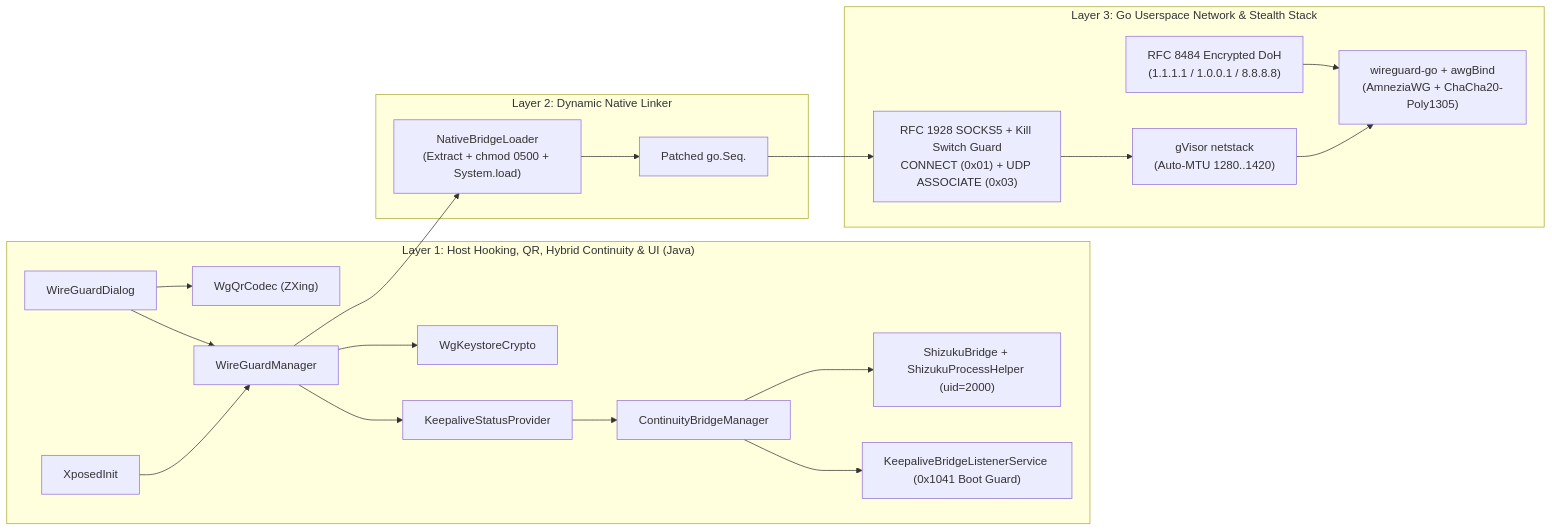
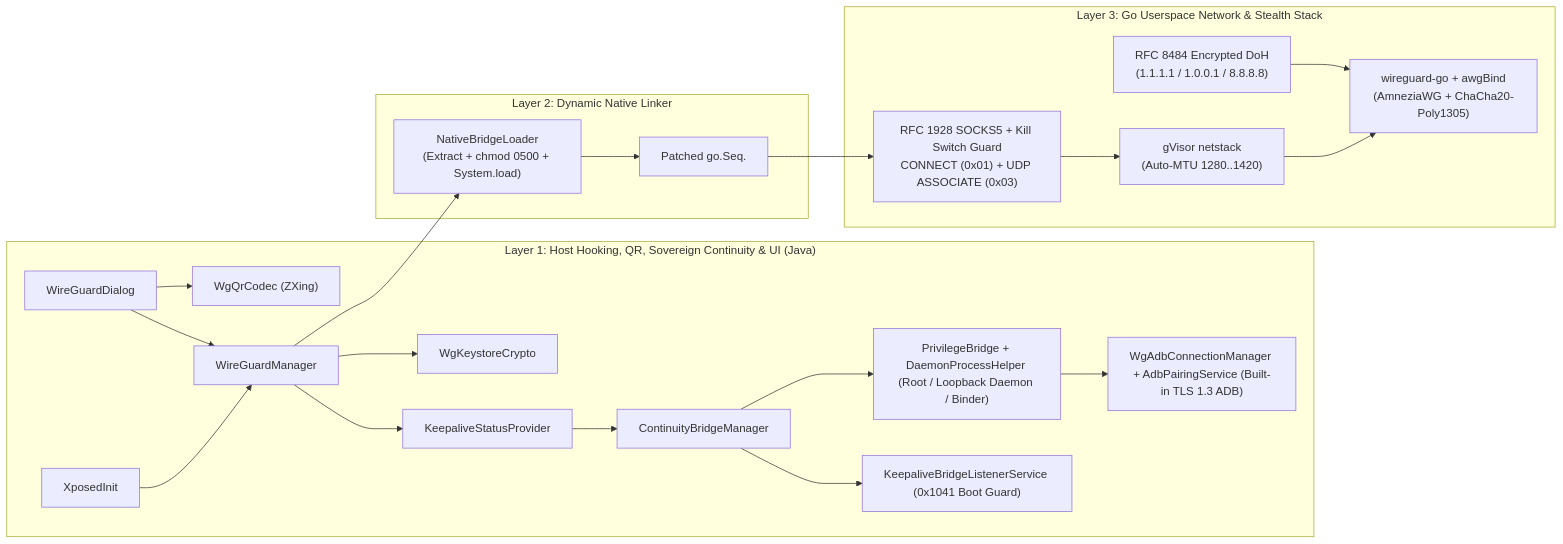
The diagram in docs/ARCHITECTURE.md (AliHaider704/wgplus), drawn with Mermaid before and after one commit. The commit also changed other lines of this file and 26 other files, not shown here.

Commit message:
feat(v1.5.0): sovereign built-in Wireless ADB continuity, remove Shizuku, and update docs

````diff
--- a/docs/ARCHITECTURE.md
+++ b/docs/ARCHITECTURE.md
@@ -17,41 +17,43 @@
 ```mermaid
 flowchart LR
-    subgraph L1["Layer 1: Host Hooking, QR, Hybrid Continuity & UI (Java)"]
+    subgraph L1["Layer 1: Host Hooking, QR, Sovereign Continuity & UI (Java)"]
         XP["XposedInit"]
         DLG["WireGuardDialog"]
         QR["WgQrCodec (ZXing)"]
         MGR["WireGuardManager"]
         KS["WgKeystoreCrypto"]
         KSP["KeepaliveStatusProvider"]
         CBM["ContinuityBridgeManager"]
-        SHZ["ShizukuBridge + ShizukuProcessHelper (uid=2000)"]
+        PRV["PrivilegeBridge + DaemonProcessHelper (Root / Loopback Daemon / Binder)"]
+        ADB["WgAdbConnectionManager + AdbPairingService (Built-in TLS 1.3 ADB)"]
         KBL["KeepaliveBridgeListenerService (0x1041 Boot Guard)"]
     end
 
     subgraph L2["Layer 2: Dynamic Native Linker"]
         NBL["NativeBridgeLoader\n(Extract + chmod 0500 + System.load)"]
         SEQ["Patched go.Seq.<clinit>"]
     end
 
     subgraph L3["Layer 3: Go Userspace Network & Stealth Stack"]
         S5["RFC 1928 SOCKS5 + Kill Switch Guard\nCONNECT (0x01) + UDP ASSOCIATE (0x03)"]
         NS["gVisor netstack\n(Auto-MTU 1280..1420)"]
         WG["wireguard-go + awgBind\n(AmneziaWG + ChaCha20-Poly1305)"]
         DOH["RFC 8484 Encrypted DoH\n(1.1.1.1 / 1.0.0.1 / 8.8.8.8)"]
     end
 
     XP --> MGR
     DLG --> MGR
     DLG --> QR
     MGR --> KS
     MGR --> KSP
     KSP --> CBM
-    CBM --> SHZ
+    CBM --> PRV
+    PRV --> ADB
     CBM --> KBL
     MGR --> NBL
     NBL --> SEQ
     SEQ --> S5
     S5 --> NS
     NS --> WG
     DOH --> WG
 ```
````
